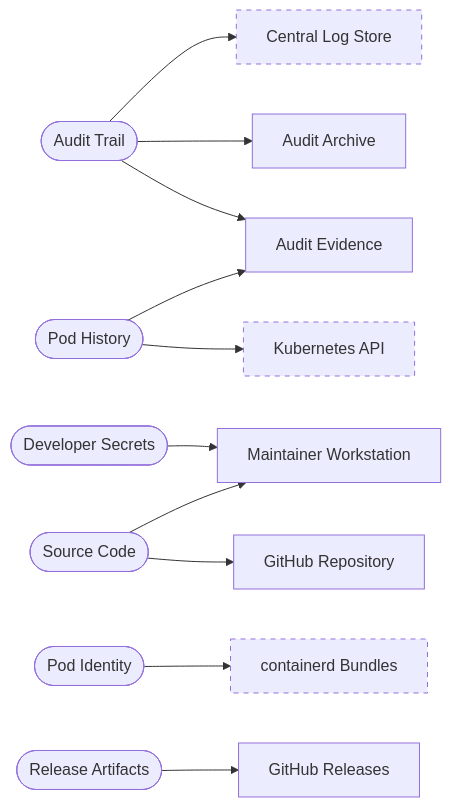
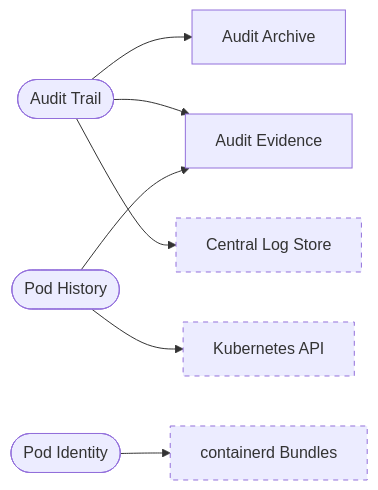
One commit to Pinguladora/creche changed the second of 2 diagrams in THREAT_MODEL.md. Above: the diagram before and after it, drawn with Mermaid. The commit also changed other lines of this file and 1 other file, not shown here.

````diff
--- a/THREAT_MODEL.md
+++ b/THREAT_MODEL.md
@@ -983,29 +649,19 @@
 ```mermaid
 flowchart LR
     da_3917946957(["Audit Trail"])
-    da_200165389(["Developer Secrets"])
     da_878149549(["Pod History"])
     da_3146378845(["Pod Identity"])
-    da_1094517268(["Release Artifacts"])
-    da_2657311102(["Source Code"])
     ta_681805359["Audit Archive"]
     ta_1188165434["Audit Evidence"]
     ta_3373387704["containerd Bundles"]
-    ta_944419023["GitHub Releases"]
-    ta_4013081909["GitHub Repository"]
     ta_2848817845["Kubernetes API"]
     ta_1229347845["Central Log Store"]
-    ta_3931173261["Maintainer Workstation"]
     da_3917946957 --> ta_681805359
     da_3917946957 --> ta_1188165434
     da_3917946957 --> ta_1229347845
-    da_200165389 --> ta_3931173261
     da_878149549 --> ta_1188165434
     da_878149549 --> ta_2848817845
     da_3146378845 --> ta_3373387704
-    da_1094517268 --> ta_944419023
-    da_2657311102 --> ta_4013081909
-    da_2657311102 --> ta_3931173261
     classDef outOfScope stroke-dasharray: 5 5
     class ta_3373387704,ta_2848817845,ta_1229347845 outOfScope
 ```
````
